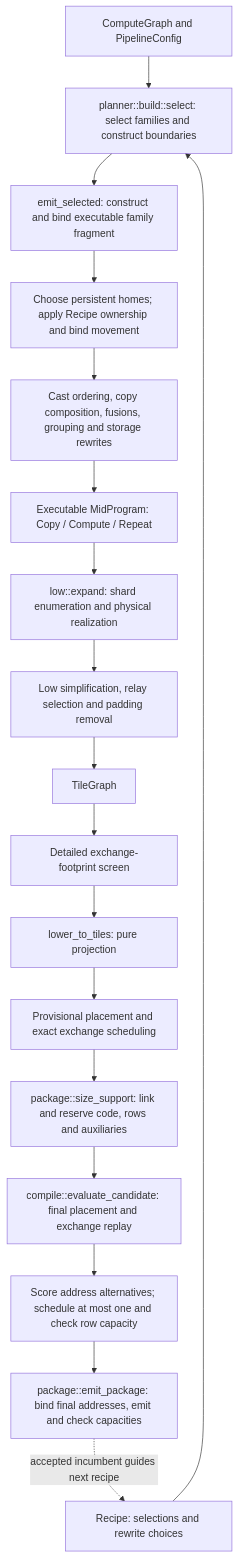
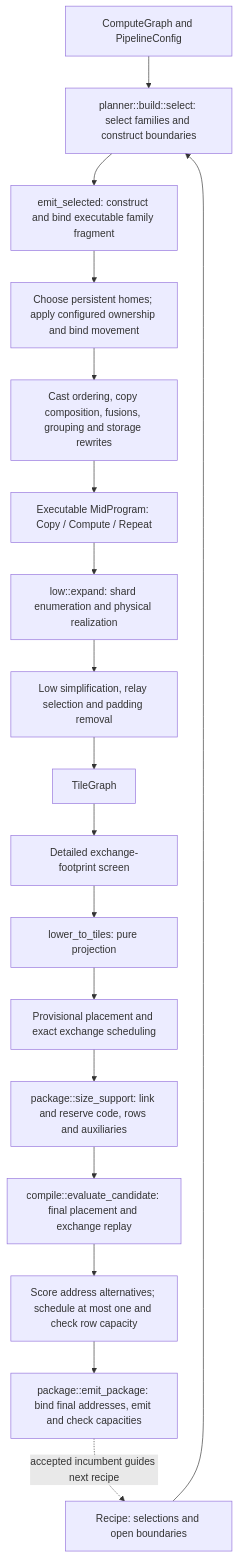
One commit to osmarks/ipu-stack changed the first of 3 diagrams in docs/COMPILER_DATA_FLOW.md. Above: the diagram before and after it, drawn with Mermaid. The commit also changed other lines of this file and 11 other files, not shown here.

````diff
--- a/docs/COMPILER_DATA_FLOW.md
+++ b/docs/COMPILER_DATA_FLOW.md
@@ -92,20 +92,20 @@
 ```mermaid
 flowchart TD
   G[ComputeGraph and PipelineConfig] --> P[planner::build::select: select families and construct boundaries]
-  R[Recipe: selections and rewrite choices] --> P
+  R[Recipe: selections and open boundaries] --> P
   P --> I[emit_selected: construct and bind executable family fragment]
-  I --> H[Choose persistent homes; apply Recipe ownership and bind movement]
+  I --> H[Choose persistent homes; apply configured ownership and bind movement]
   H --> W[Cast ordering, copy composition, fusions, grouping and storage rewrites]
   W --> M[Executable MidProgram: Copy / Compute / Repeat]
   M --> E[low::expand: shard enumeration and physical realization]
   E --> O[Low simplification, relay selection and padding removal]
   O --> T[TileGraph]
   T --> F[Detailed exchange-footprint screen]
   F --> L[lower_to_tiles: pure projection]
   L --> V[Provisional placement and exact exchange scheduling]
   V --> S[package::size_support: link and reserve code, rows and auxiliaries]
   S --> B[compile::evaluate_candidate: final placement and exchange replay]
   B --> C[Score address alternatives; schedule at most one and check row capacity]
   C --> A[package::emit_package: bind final addresses, emit and check capacities]
   A -. accepted incumbent guides next recipe .-> R
 ```
````
